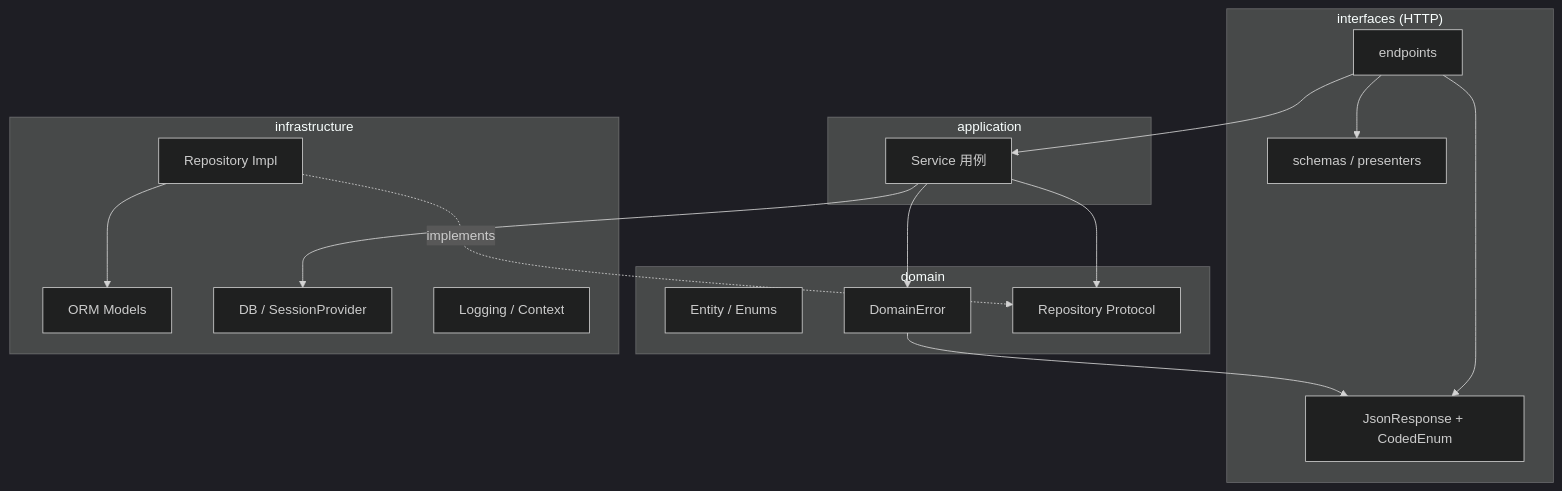
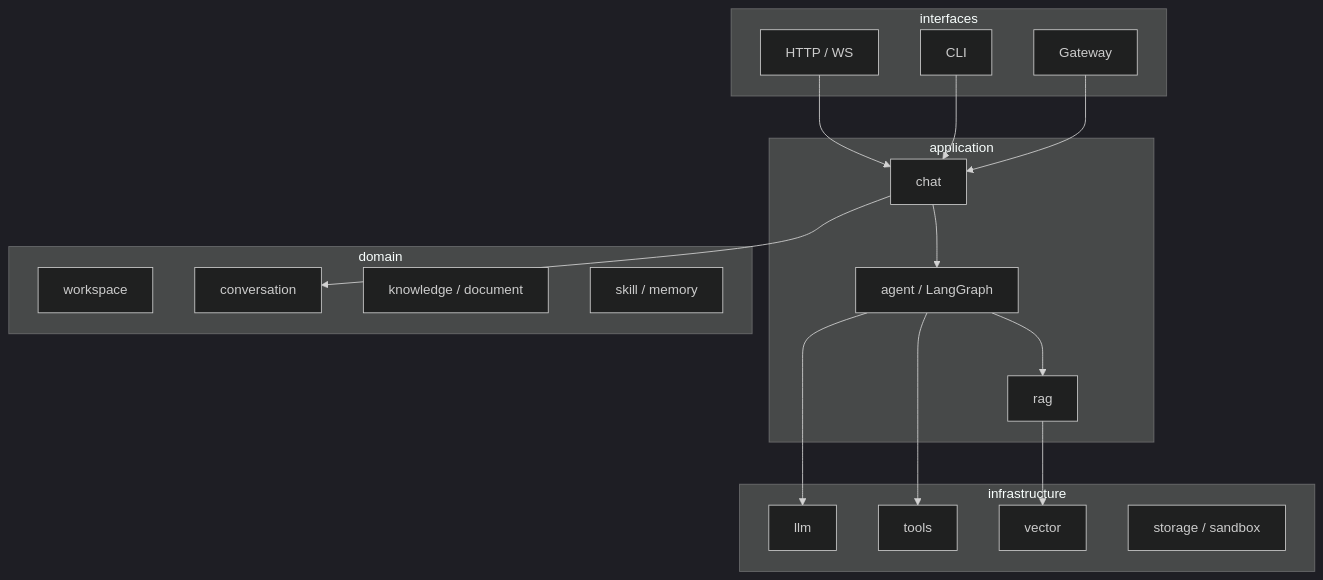
Before and after one commit to xiaoyu98628/agent: the diagram in AGENTS.md, drawn with Mermaid (dark theme). The commit also changed other lines of this file and 177 other files, not shown here.

````diff
--- a/AGENTS.md
+++ b/AGENTS.md
@@ -19,32 +19,35 @@
 ```mermaid
 flowchart TB
-    subgraph interfaces ["interfaces (HTTP)"]
-        EP[endpoints]
-        SCH[schemas / presenters]
-        JR[JsonResponse + CodedEnum]
+    subgraph interfaces ["interfaces"]
+        HTTP[HTTP / WS]
+        CLI[CLI]
+        GW[Gateway]
     end
     subgraph application ["application"]
-        SVC[Service 用例]
+        Chat[chat]
+        Agent[agent / LangGraph]
+        RAG[rag]
     end
     subgraph domain ["domain"]
-        ENT[Entity / Enums]
-        EXC[DomainError]
-        REPO_IF[Repository Protocol]
+        WS[workspace]
+        Conv[conversation]
+        Know[knowledge / document]
+        Skill[skill / memory]
     end
     subgraph infra ["infrastructure"]
-        ORM[ORM Models]
-        REPO_IMPL[Repository Impl]
-        DB[DB / SessionProvider]
-        LOG[Logging / Context]
+        LLM[llm]
+        Tools[tools]
+        Vector[vector]
+        Store[storage / sandbox]
     end
 
-    EP --> SVC
-    EP --> SCH
-    EP --> JR
-    SVC --> REPO_IF
-    SVC --> EXC
-    REPO_IMPL -.->|implements| REPO_IF
-    REPO_IMPL --> ORM
-    SVC --> DB
-    EXC --> JR
+    HTTP --> Chat
+    CLI --> Chat
+    GW --> Chat
+    Chat --> Agent
+    Chat --> Conv
+    Agent --> RAG
+    Agent --> Tools
+    Agent --> LLM
+    RAG --> Vector
 ```
````
